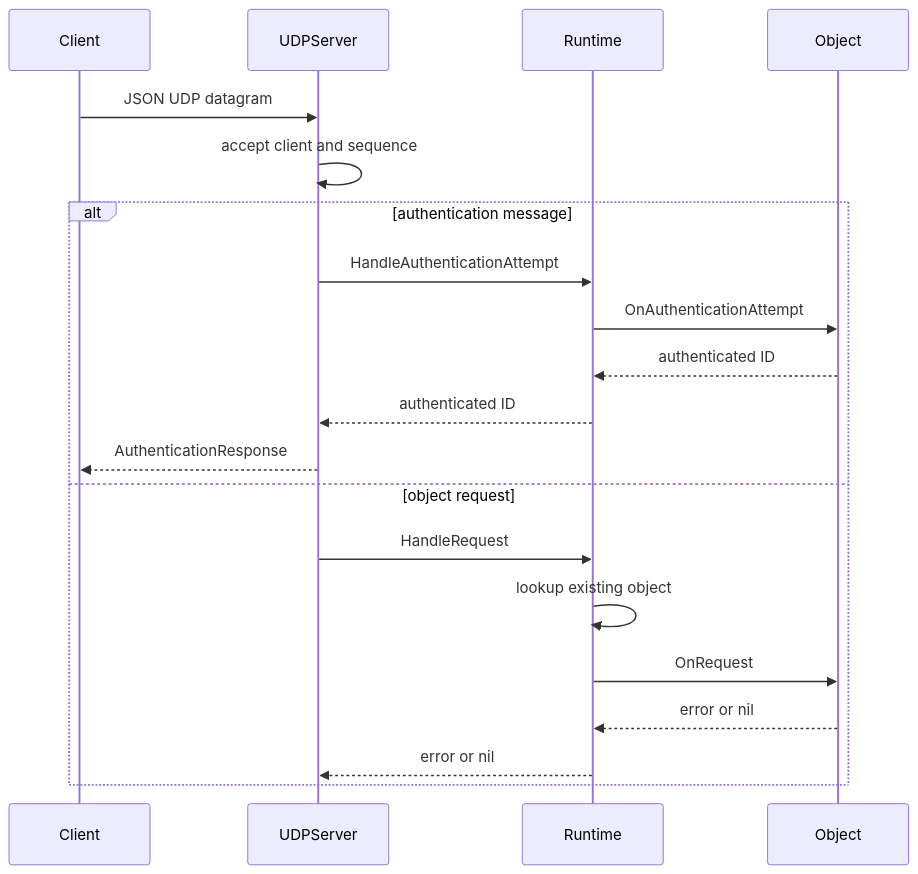
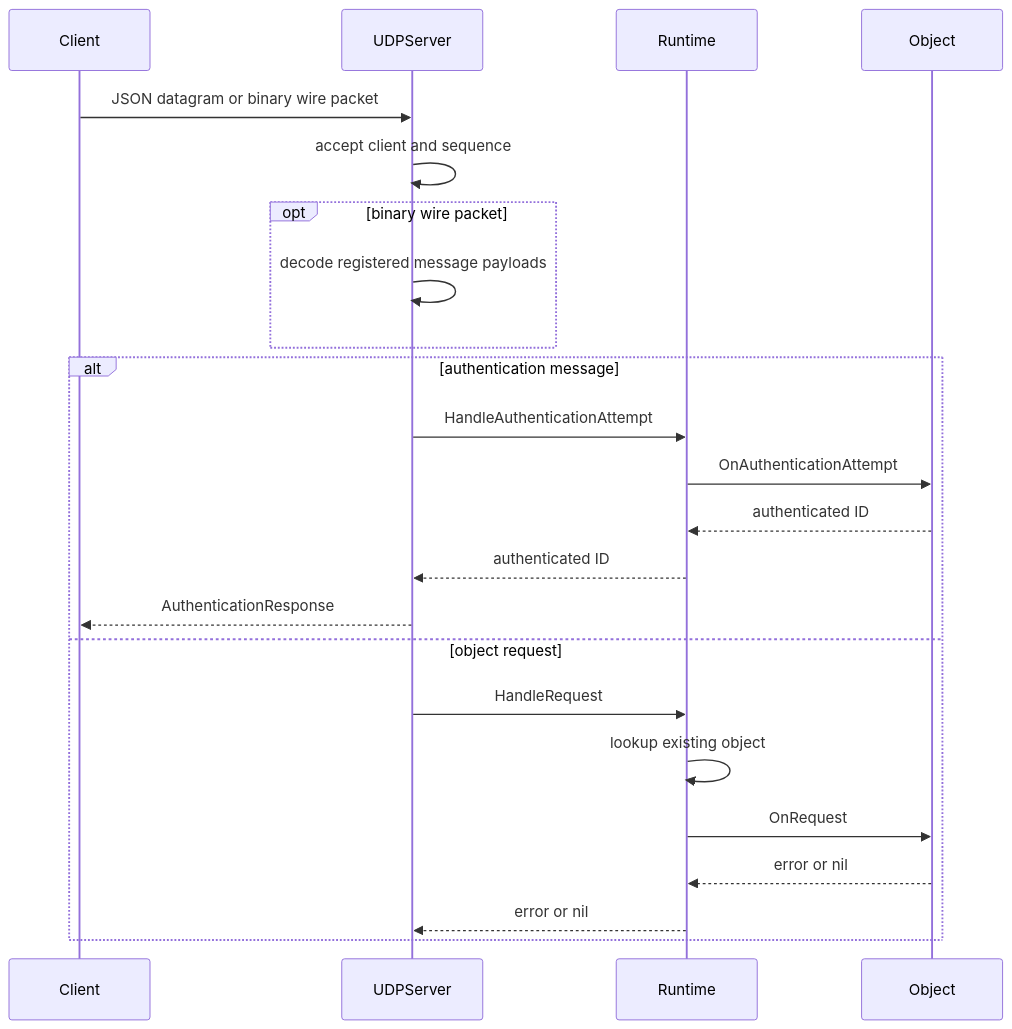
The second of 3 diagrams in documentation/docs/architecture.md (MihaelBLKN/Enserva), drawn with Mermaid before and after one commit. The commit also changed other lines of this file and 24 other files, not shown here.

First line of the commit message:
Added proper wire protocol with custom message registry, bits packets blah blah blah (still supports legacy json)

````diff
--- a/documentation/docs/architecture.md
+++ b/documentation/docs/architecture.md
@@ -54,23 +61,26 @@
 ```mermaid
 sequenceDiagram
     participant Client
     participant UDP as UDPServer
     participant Runtime
     participant Object
 
-    Client->>UDP: JSON UDP datagram
+    Client->>UDP: JSON datagram or binary wire packet
     UDP->>UDP: accept client and sequence
+    opt binary wire packet
+        UDP->>UDP: decode registered message payloads
+    end
     alt authentication message
         UDP->>Runtime: HandleAuthenticationAttempt
         Runtime->>Object: OnAuthenticationAttempt
         Object-->>Runtime: authenticated ID
         Runtime-->>UDP: authenticated ID
         UDP-->>Client: AuthenticationResponse
     else object request
         UDP->>Runtime: HandleRequest
         Runtime->>Runtime: lookup existing object
         Runtime->>Object: OnRequest
         Object-->>Runtime: error or nil
         Runtime-->>UDP: error or nil
     end
 ```
````
